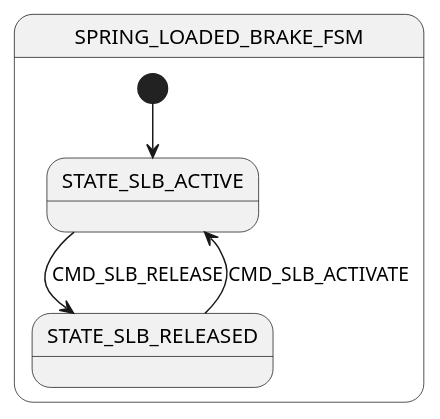
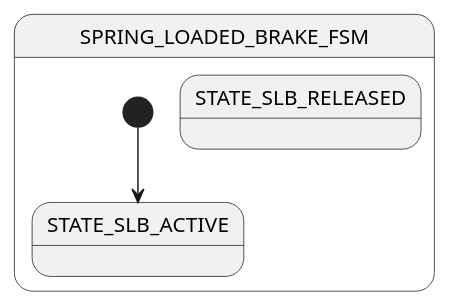
Before and after one commit to paetzholdt/CANRepo: the diagram in docs/models/state_machines/node-drive-controller/spring_loaded_brake_fsm.puml, drawn with PlantUML. The commit also changed 5 other files, not shown here.

```diff
--- a/docs/models/state_machines/node-drive-controller/spring_loaded_brake_fsm.puml
+++ b/docs/models/state_machines/node-drive-controller/spring_loaded_brake_fsm.puml
@@ -1,15 +1,11 @@
 @startuml spring_loaded_brake_fsm
 state SPRING_LOADED_BRAKE_FSM {
     [*] --> STATE_SLB_ACTIVE
     state STATE_SLB_ACTIVE
     ' state SLB_Activating
     ' state SLB_Releasing
     state STATE_SLB_RELEASED
 
-
-    STATE_SLB_ACTIVE --> STATE_SLB_RELEASED : CMD_SLB_RELEASE
-    STATE_SLB_RELEASED --> STATE_SLB_ACTIVE : CMD_SLB_ACTIVATE
-
 }
 
 @enduml
```
